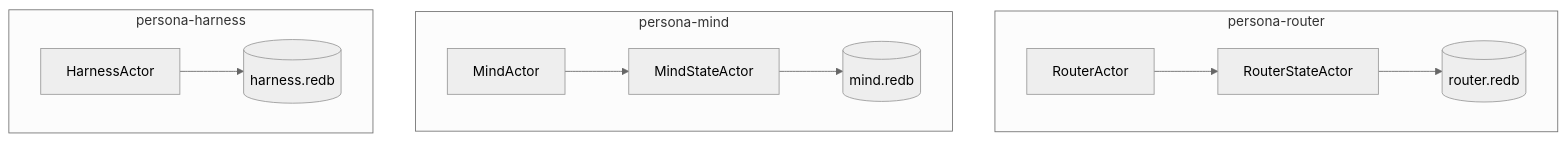
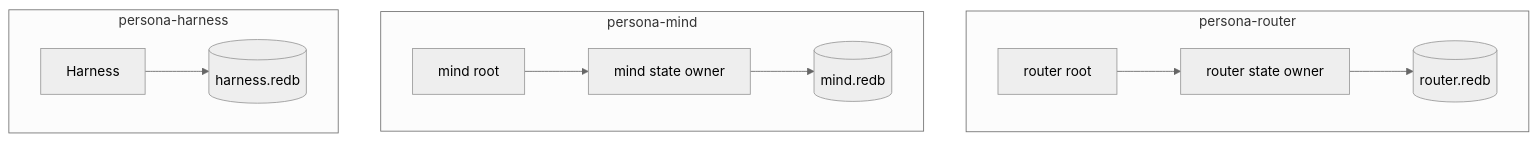
The fourth of 4 diagrams in ARCHITECTURE.md (LiGoldragon/persona), drawn with Mermaid (neutral theme) before and after one commit. The commit also changed 5 other files, not shown here.

````diff
--- a/ARCHITECTURE.md
+++ b/ARCHITECTURE.md
@@ -163,22 +163,22 @@
 ```mermaid
 flowchart TB
     subgraph router["persona-router"]
-        router_actor["RouterActor"]
-        router_state["RouterStateActor"]
+        router_actor["router root"]
+        router_state["router state owner"]
         router_database[("router.redb")]
         router_actor --> router_state --> router_database
     end
 
     subgraph mind["persona-mind"]
-        mind_actor["MindActor"]
-        mind_state["MindStateActor"]
+        mind_actor["mind root"]
+        mind_state["mind state owner"]
         mind_database[("mind.redb")]
         mind_actor --> mind_state --> mind_database
     end
 
     subgraph harness["persona-harness"]
-        harness_actor["HarnessActor"]
+        harness_actor["Harness"]
         harness_database[("harness.redb")]
         harness_actor --> harness_database
     end
 ```
````
